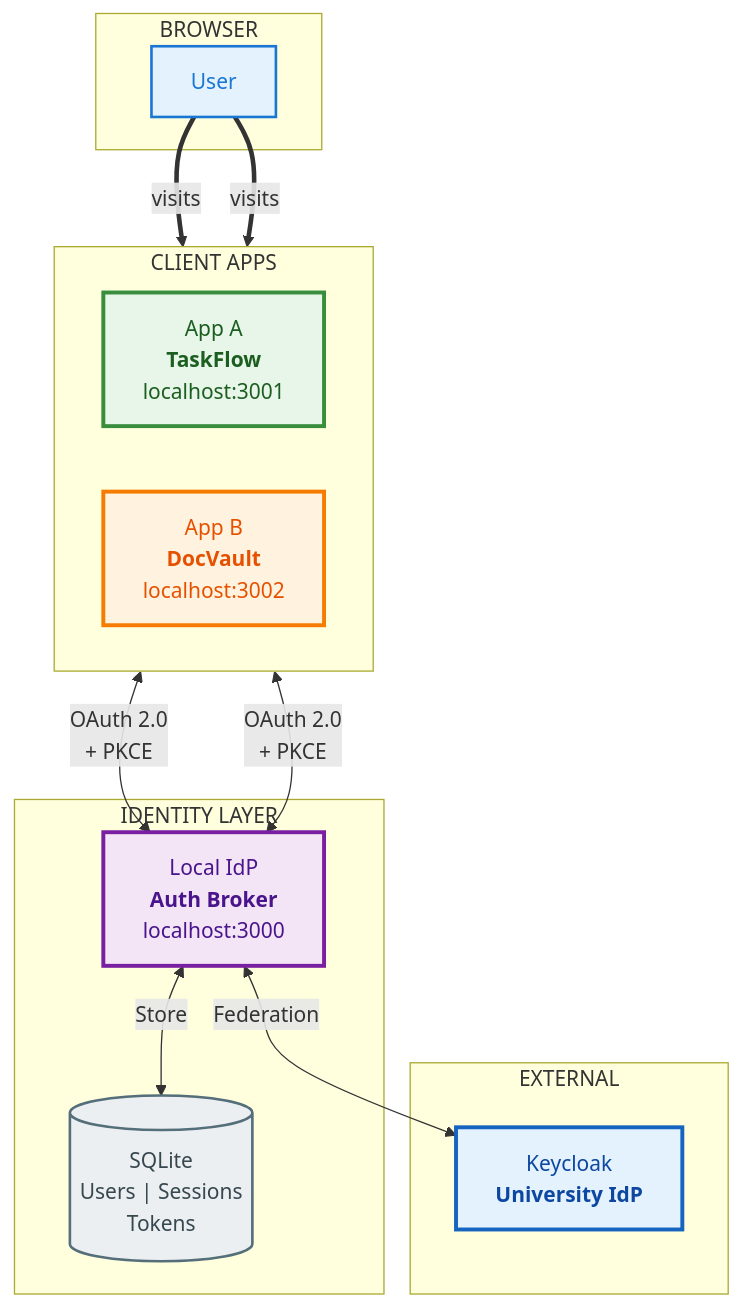
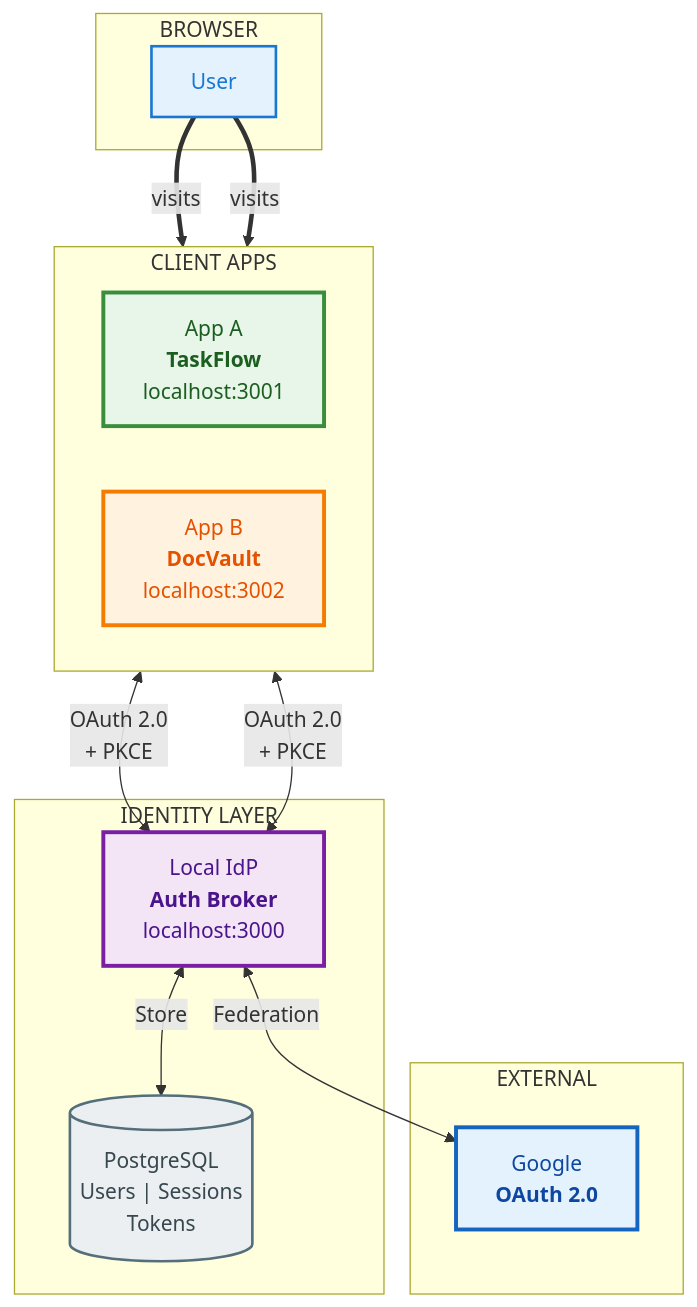
Before and after one commit to ioannis-psomadelis/sso-app: the first of 12 diagrams in docs/diagrams/DIAGRAMS_MERMAID.md, drawn with Mermaid. The commit also changed other lines of this file and 58 other files, not shown here.

First line of the commit message:
Add Railway deployment with PostgreSQL and OAuth improvements

````diff
--- a/docs/diagrams/DIAGRAMS_MERMAID.md
+++ b/docs/diagrams/DIAGRAMS_MERMAID.md
@@ -7,35 +7,35 @@
 ```mermaid
 flowchart TB
     subgraph USER["BROWSER"]
         U["User"]
     end
 
     subgraph APPS["CLIENT APPS"]
         direction LR
         A["App A<br/><b>TaskFlow</b><br/>localhost:3001"]
         B["App B<br/><b>DocVault</b><br/>localhost:3002"]
     end
 
     subgraph IDP_LAYER["IDENTITY LAYER"]
         IDP["Local IdP<br/><b>Auth Broker</b><br/>localhost:3000"]
-        DB[("SQLite<br/>Users | Sessions<br/>Tokens")]
+        DB[("PostgreSQL<br/>Users | Sessions<br/>Tokens")]
     end
 
     subgraph EXTERNAL["EXTERNAL"]
-        KC["Keycloak<br/><b>University IdP</b>"]
+        GG["Google<br/><b>OAuth 2.0</b>"]
     end
 
     U ==>|"visits"| A
     U ==>|"visits"| B
     A <-->|"OAuth 2.0<br/>+ PKCE"| IDP
     B <-->|"OAuth 2.0<br/>+ PKCE"| IDP
-    IDP <-->|"Federation"| KC
+    IDP <-->|"Federation"| GG
     IDP <-->|"Store"| DB
 
     style U fill:#E3F2FD,stroke:#1976D2,stroke-width:2px,color:#1976D2
     style A fill:#E8F5E9,stroke:#388E3C,stroke-width:3px,color:#1B5E20
     style B fill:#FFF3E0,stroke:#F57C00,stroke-width:3px,color:#E65100
     style IDP fill:#F3E5F5,stroke:#7B1FA2,stroke-width:3px,color:#4A148C
-    style KC fill:#E3F2FD,stroke:#1565C0,stroke-width:3px,color:#0D47A1
+    style GG fill:#E3F2FD,stroke:#1565C0,stroke-width:3px,color:#0D47A1
     style DB fill:#ECEFF1,stroke:#546E7A,stroke-width:2px,color:#37474F
 ```
````
